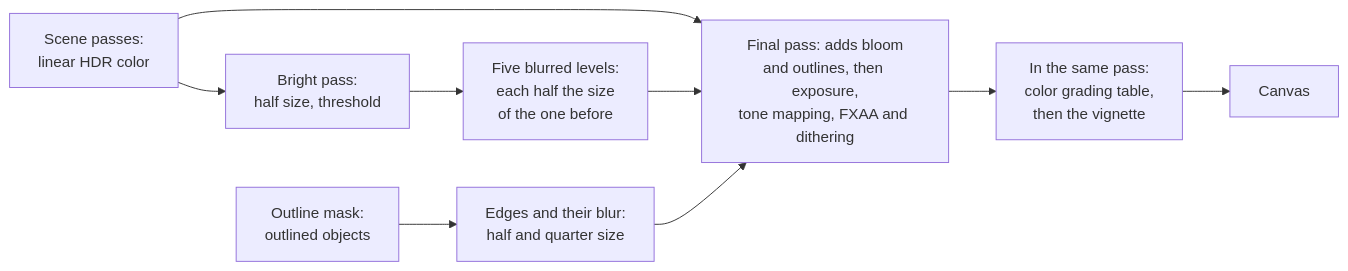
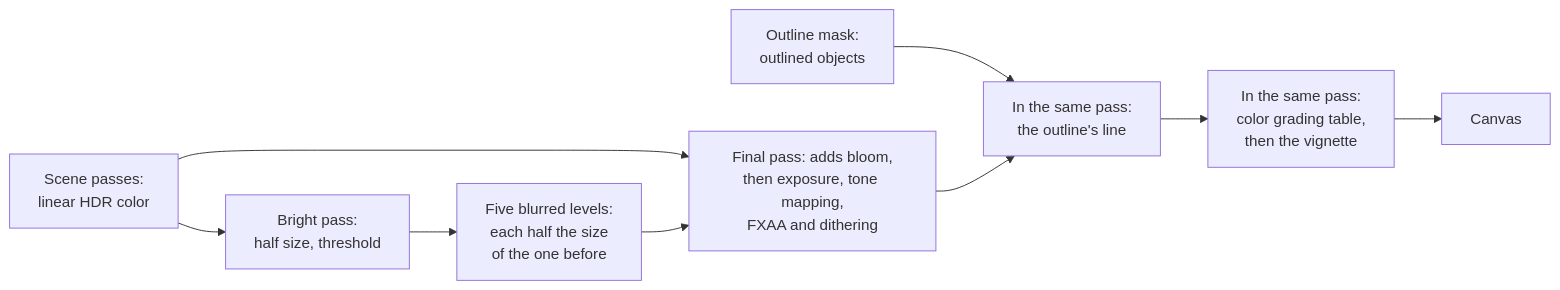
Before and after one commit to null3d-engine/null3d: the diagram in docs/concepts/post-processing.md, drawn with Mermaid. The commit also changed other lines of this file and 23 other files, not shown here.

````diff
--- a/docs/concepts/post-processing.md
+++ b/docs/concepts/post-processing.md
@@ -13,11 +13,11 @@
 ```mermaid
 flowchart LR
     scene["Scene passes:<br/>linear HDR color"] --> bright["Bright pass:<br/>half size, threshold"]
     bright --> levels["Five blurred levels:<br/>each half the size<br/>of the one before"]
-    scene --> final["Final pass: adds bloom<br/>and outlines, then exposure,<br/>tone mapping, FXAA and dithering"]
+    scene --> final["Final pass: adds bloom,<br/>then exposure, tone mapping,<br/>FXAA and dithering"]
     levels --> final
-    mask["Outline mask:<br/>outlined objects"] --> edges["Edges and their blur:<br/>half and quarter size"]
-    edges --> final
-    final --> grade["In the same pass:<br/>color grading table,<br/>then the vignette"]
+    mask["Outline mask:<br/>outlined objects"] --> line
+    final --> line["In the same pass:<br/>the outline's line"]
+    line --> grade["In the same pass:<br/>color grading table,<br/>then the vignette"]
     grade --> canvas["Canvas"]
 ```
````
